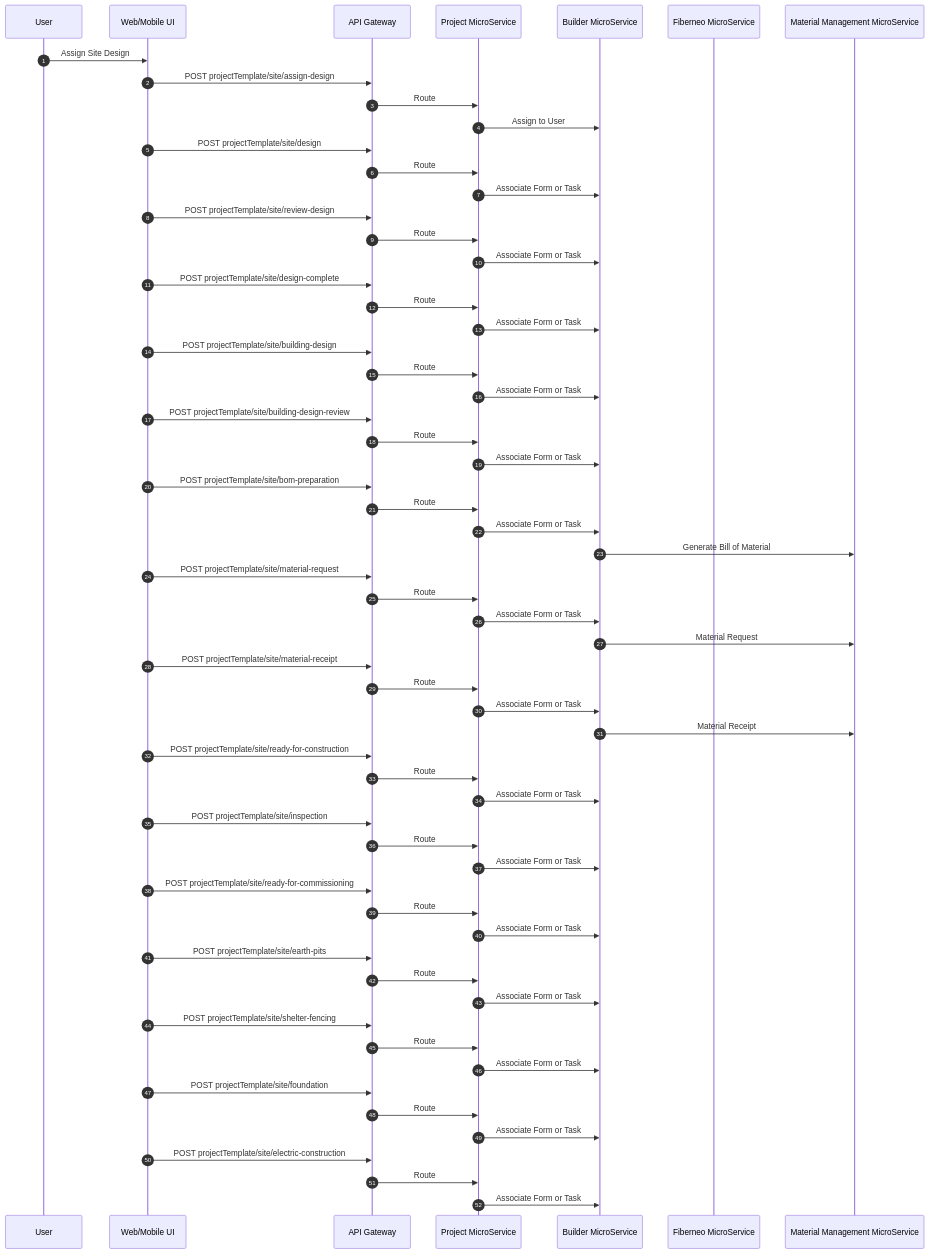
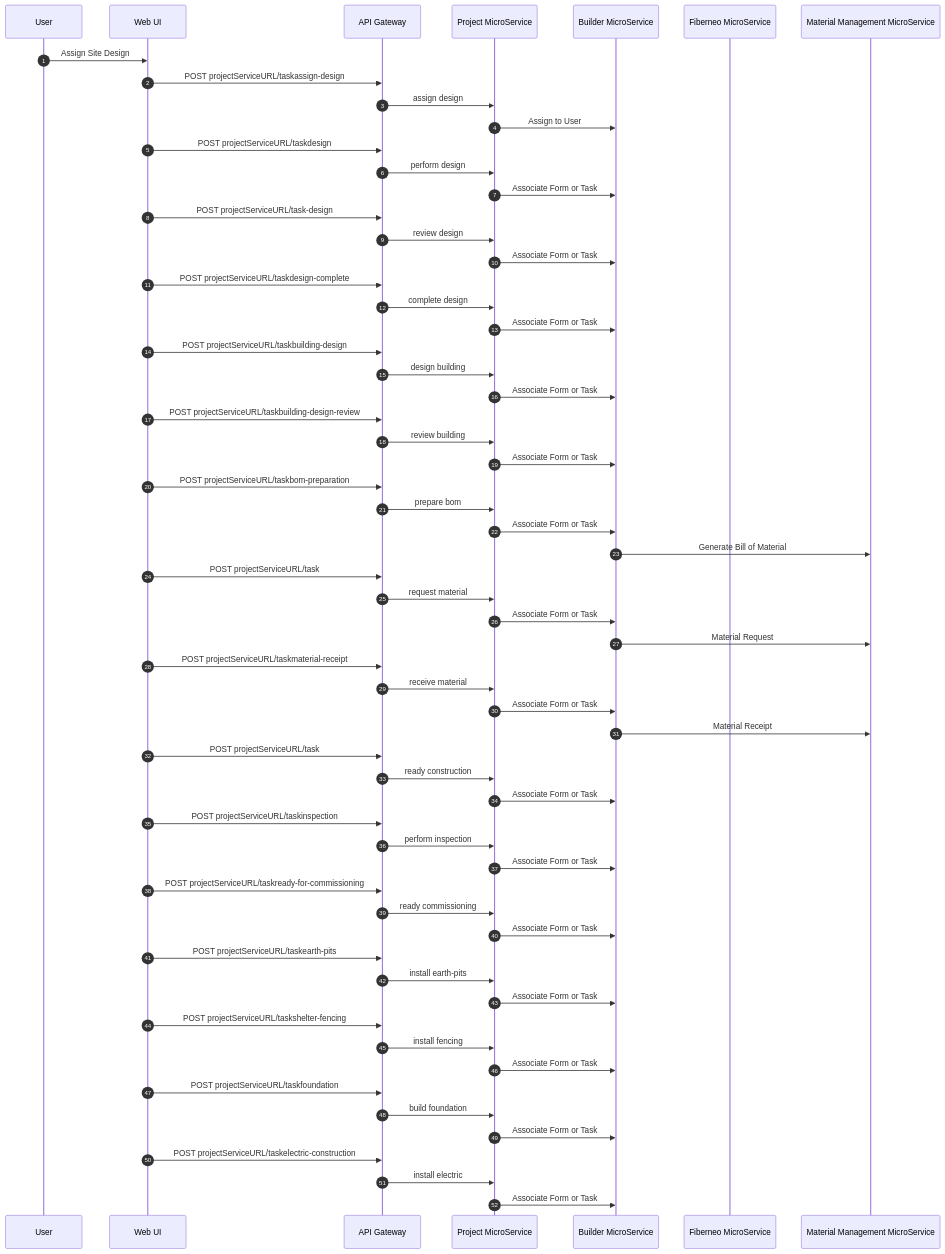
One commit to BhavikVisionGit/Fiberneo-Documents changed the tenth of 11 diagrams in Fiberneo-Document/LLD/LLD.md. Above: the diagram before and after it, drawn with Mermaid. The commit also changed other lines of this file, not shown here.

````diff
--- a/Fiberneo-Document/LLD/LLD.md
+++ b/Fiberneo-Document/LLD/LLD.md
@@ -689,79 +538,79 @@
 ```mermaid
 sequenceDiagram
   autonumber
   participant U as User
-  participant UI as Web/Mobile UI
+  participant UI as Web UI
   participant GW as API Gateway
   participant PG as Project MicroService
   participant BD as Builder MicroService
   participant FN as Fiberneo MicroService
   participant MM as Material Management MicroService
 
   U->>UI: Assign Site Design
-  UI->>GW: POST projectTemplate/site/assign-design
-  GW->>PG: Route
+  UI->>GW: POST projectServiceURL/taskassign-design
+  GW->>PG: assign design
   PG->>BD: Assign to User
 
-  UI->>GW: POST projectTemplate/site/design
-  GW->>PG: Route
+  UI->>GW: POST projectServiceURL/taskdesign
+  GW->>PG: perform design
   PG->>BD: Associate Form or Task
 
-  UI->>GW: POST projectTemplate/site/review-design
-  GW->>PG: Route
+  UI->>GW: POST projectServiceURL/task-design
+  GW->>PG: review design
   PG->>BD: Associate Form or Task
 
-  UI->>GW: POST projectTemplate/site/design-complete
-  GW->>PG: Route
+  UI->>GW: POST projectServiceURL/taskdesign-complete
+  GW->>PG: complete design
   PG->>BD: Associate Form or Task
 
-  UI->>GW: POST projectTemplate/site/building-design
-  GW->>PG: Route
+  UI->>GW: POST projectServiceURL/taskbuilding-design
+  GW->>PG: design building
   PG->>BD: Associate Form or Task
 
-  UI->>GW: POST projectTemplate/site/building-design-review
-  GW->>PG: Route
+  UI->>GW: POST projectServiceURL/taskbuilding-design-review
+  GW->>PG: review building
   PG->>BD: Associate Form or Task
 
-  UI->>GW: POST projectTemplate/site/bom-preparation
-  GW->>PG: Route
+  UI->>GW: POST projectServiceURL/taskbom-preparation
+  GW->>PG: prepare bom
   PG->>BD: Associate Form or Task
   BD->>MM: Generate Bill of Material
 
-  UI->>GW: POST projectTemplate/site/material-request
-  GW->>PG: Route
+  UI->>GW: POST projectServiceURL/task
+  GW->>PG: request material
   PG->>BD: Associate Form or Task
   BD->>MM: Material Request
 
-  UI->>GW: POST projectTemplate/site/material-receipt
-  GW->>PG: Route
+  UI->>GW: POST projectServiceURL/taskmaterial-receipt
+  GW->>PG: receive material
   PG->>BD: Associate Form or Task
   BD->>MM: Material Receipt
 
-  UI->>GW: POST projectTemplate/site/ready-for-construction
-  GW->>PG: Route
+  UI->>GW: POST projectServiceURL/task
+  GW->>PG: ready construction
   PG->>BD: Associate Form or Task
 
-  UI->>GW: POST projectTemplate/site/inspection
-  GW->>PG: Route
+  UI->>GW: POST projectServiceURL/taskinspection
+  GW->>PG: perform inspection
   PG->>BD: Associate Form or Task
 
-  UI->>GW: POST projectTemplate/site/ready-for-commissioning
-  GW->>PG: Route
+  UI->>GW: POST projectServiceURL/taskready-for-commissioning
+  GW->>PG: ready commissioning
   PG->>BD: Associate Form or Task
 
-  UI->>GW: POST projectTemplate/site/earth-pits
-  GW->>PG: Route
+  UI->>GW: POST projectServiceURL/taskearth-pits
+  GW->>PG: install earth-pits
   PG->>BD: Associate Form or Task
 
-  UI->>GW: POST projectTemplate/site/shelter-fencing
-  GW->>PG: Route
+  UI->>GW: POST projectServiceURL/taskshelter-fencing
+  GW->>PG: install fencing
   PG->>BD: Associate Form or Task
 
-  UI->>GW: POST projectTemplate/site/foundation
-  GW->>PG: Route
+  UI->>GW: POST projectServiceURL/taskfoundation
+  GW->>PG: build foundation
   PG->>BD: Associate Form or Task
 
-  UI->>GW: POST projectTemplate/site/electric-construction
-  GW->>PG: Route
+  UI->>GW: POST projectServiceURL/taskelectric-construction
+  GW->>PG: install electric
   PG->>BD: Associate Form or Task
 ```
````
